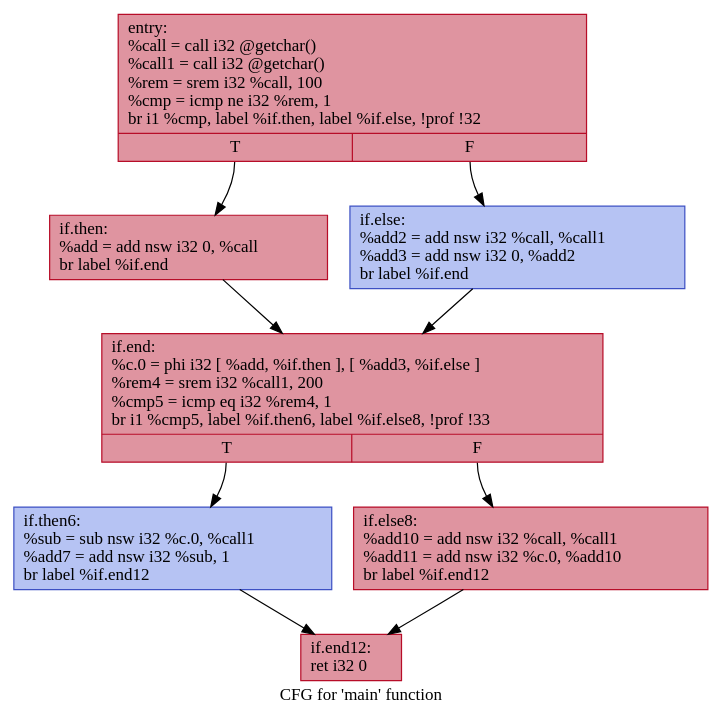
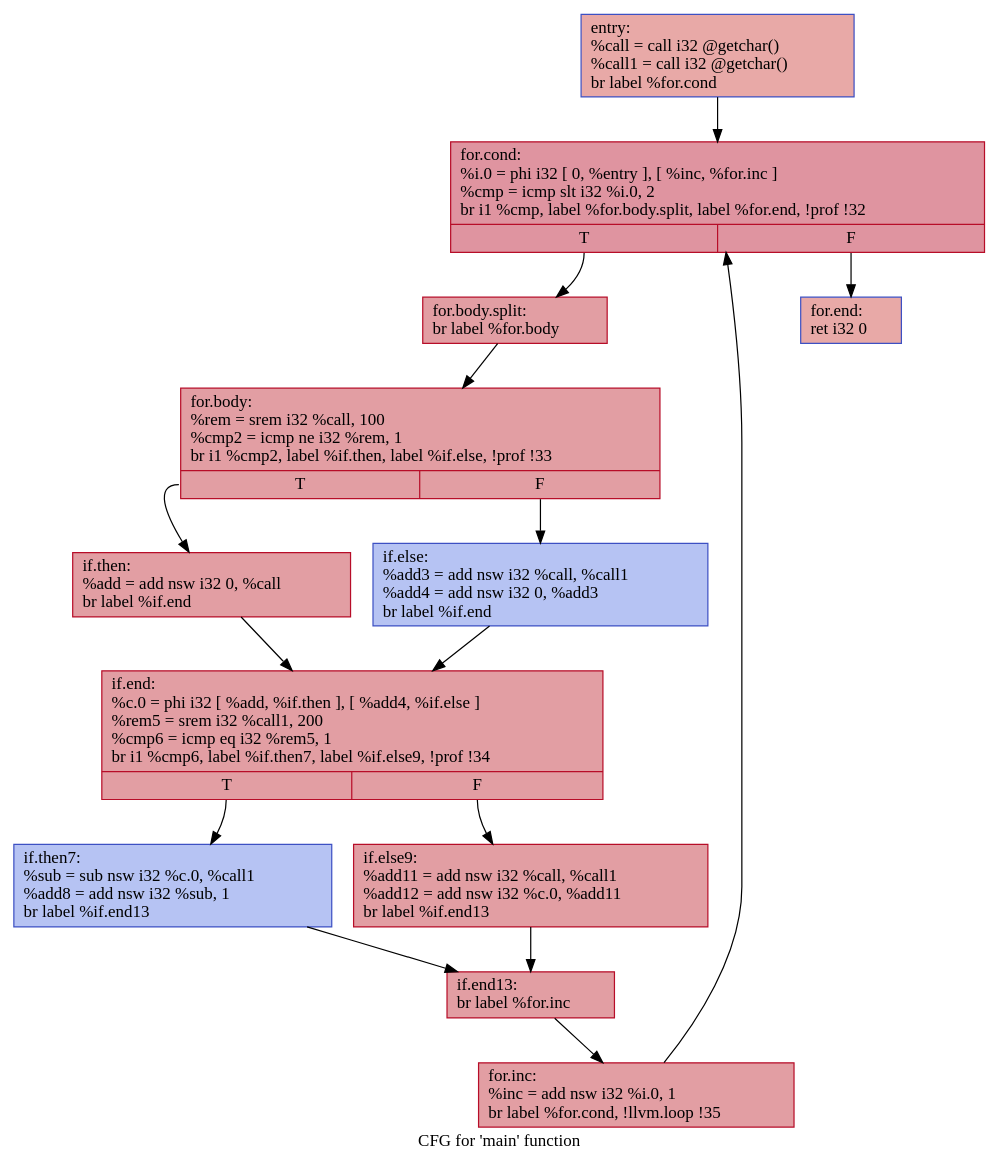
The diagram in visual/.main.dot (GGLeod/Speculation-Based-GVNPRE), drawn with Graphviz before and after one commit. The commit also changed 14 other files, not shown here.

```diff
--- a/visual/.main.dot
+++ b/visual/.main.dot
@@ -1,19 +1,30 @@
 digraph "CFG for 'main' function" {
 	label="CFG for 'main' function";
 
-	Node0x5573218fdc40 [shape=record,color="#b70d28ff", style=filled, fillcolor="#b70d2870",label="{entry:\l  %call = call i32 @getchar()\l  %call1 = call i32 @getchar()\l  %rem = srem i32 %call, 100\l  %cmp = icmp ne i32 %rem, 1\l  br i1 %cmp, label %if.then, label %if.else, !prof !32\l|{<s0>T|<s1>F}}"];
-	Node0x5573218fdc40:s0 -> Node0x5573219062d0;
-	Node0x5573218fdc40:s1 -> Node0x557321906320;
-	Node0x5573219062d0 [shape=record,color="#b70d28ff", style=filled, fillcolor="#b70d2870",label="{if.then:                                          \l  %add = add nsw i32 0, %call\l  br label %if.end\l}"];
-	Node0x5573219062d0 -> Node0x557321906370;
-	Node0x557321906320 [shape=record,color="#3d50c3ff", style=filled, fillcolor="#5977e370",label="{if.else:                                          \l  %add2 = add nsw i32 %call, %call1\l  %add3 = add nsw i32 0, %add2\l  br label %if.end\l}"];
-	Node0x557321906320 -> Node0x557321906370;
-	Node0x557321906370 [shape=record,color="#b70d28ff", style=filled, fillcolor="#b70d2870",label="{if.end:                                           \l  %c.0 = phi i32 [ %add, %if.then ], [ %add3, %if.else ]\l  %rem4 = srem i32 %call1, 200\l  %cmp5 = icmp eq i32 %rem4, 1\l  br i1 %cmp5, label %if.then6, label %if.else8, !prof !33\l|{<s0>T|<s1>F}}"];
-	Node0x557321906370:s0 -> Node0x5573219063c0;
-	Node0x557321906370:s1 -> Node0x557321906410;
-	Node0x5573219063c0 [shape=record,color="#3d50c3ff", style=filled, fillcolor="#5977e370",label="{if.then6:                                         \l  %sub = sub nsw i32 %c.0, %call1\l  %add7 = add nsw i32 %sub, 1\l  br label %if.end12\l}"];
-	Node0x5573219063c0 -> Node0x557321906460;
-	Node0x557321906410 [shape=record,color="#b70d28ff", style=filled, fillcolor="#b70d2870",label="{if.else8:                                         \l  %add10 = add nsw i32 %call, %call1\l  %add11 = add nsw i32 %c.0, %add10\l  br label %if.end12\l}"];
-	Node0x557321906410 -> Node0x557321906460;
-	Node0x557321906460 [shape=record,color="#b70d28ff", style=filled, fillcolor="#b70d2870",label="{if.end12:                                         \l  ret i32 0\l}"];
+	Node0x564d8fabbc30 [shape=record,color="#3d50c3ff", style=filled, fillcolor="#ca3b3770",label="{entry:\l  %call = call i32 @getchar()\l  %call1 = call i32 @getchar()\l  br label %for.cond\l}"];
+	Node0x564d8fabbc30 -> Node0x564d8fac44f0;
+	Node0x564d8fac44f0 [shape=record,color="#b70d28ff", style=filled, fillcolor="#b70d2870",label="{for.cond:                                         \l  %i.0 = phi i32 [ 0, %entry ], [ %inc, %for.inc ]\l  %cmp = icmp slt i32 %i.0, 2\l  br i1 %cmp, label %for.body.split, label %for.end, !prof !32\l|{<s0>T|<s1>F}}"];
+	Node0x564d8fac44f0:s0 -> Node0x564d8fac4540;
+	Node0x564d8fac44f0:s1 -> Node0x564d8fac4810;
+	Node0x564d8fac4540 [shape=record,color="#b70d28ff", style=filled, fillcolor="#be242e70",label="{for.body.split:                                   \l  br label %for.body\l}"];
+	Node0x564d8fac4540 -> Node0x564d8fac4590;
+	Node0x564d8fac4590 [shape=record,color="#b70d28ff", style=filled, fillcolor="#be242e70",label="{for.body:                                         \l  %rem = srem i32 %call, 100\l  %cmp2 = icmp ne i32 %rem, 1\l  br i1 %cmp2, label %if.then, label %if.else, !prof !33\l|{<s0>T|<s1>F}}"];
+	Node0x564d8fac4590:s0 -> Node0x564d8fac45e0;
+	Node0x564d8fac4590:s1 -> Node0x564d8fac4630;
+	Node0x564d8fac45e0 [shape=record,color="#b70d28ff", style=filled, fillcolor="#be242e70",label="{if.then:                                          \l  %add = add nsw i32 0, %call\l  br label %if.end\l}"];
+	Node0x564d8fac45e0 -> Node0x564d8fac4680;
+	Node0x564d8fac4630 [shape=record,color="#3d50c3ff", style=filled, fillcolor="#5977e370",label="{if.else:                                          \l  %add3 = add nsw i32 %call, %call1\l  %add4 = add nsw i32 0, %add3\l  br label %if.end\l}"];
+	Node0x564d8fac4630 -> Node0x564d8fac4680;
+	Node0x564d8fac4680 [shape=record,color="#b70d28ff", style=filled, fillcolor="#be242e70",label="{if.end:                                           \l  %c.0 = phi i32 [ %add, %if.then ], [ %add4, %if.else ]\l  %rem5 = srem i32 %call1, 200\l  %cmp6 = icmp eq i32 %rem5, 1\l  br i1 %cmp6, label %if.then7, label %if.else9, !prof !34\l|{<s0>T|<s1>F}}"];
+	Node0x564d8fac4680:s0 -> Node0x564d8fac46d0;
+	Node0x564d8fac4680:s1 -> Node0x564d8fac4720;
+	Node0x564d8fac46d0 [shape=record,color="#3d50c3ff", style=filled, fillcolor="#5977e370",label="{if.then7:                                         \l  %sub = sub nsw i32 %c.0, %call1\l  %add8 = add nsw i32 %sub, 1\l  br label %if.end13\l}"];
+	Node0x564d8fac46d0 -> Node0x564d8fac4770;
+	Node0x564d8fac4720 [shape=record,color="#b70d28ff", style=filled, fillcolor="#be242e70",label="{if.else9:                                         \l  %add11 = add nsw i32 %call, %call1\l  %add12 = add nsw i32 %c.0, %add11\l  br label %if.end13\l}"];
+	Node0x564d8fac4720 -> Node0x564d8fac4770;
+	Node0x564d8fac4770 [shape=record,color="#b70d28ff", style=filled, fillcolor="#be242e70",label="{if.end13:                                         \l  br label %for.inc\l}"];
+	Node0x564d8fac4770 -> Node0x564d8fac47c0;
+	Node0x564d8fac47c0 [shape=record,color="#b70d28ff", style=filled, fillcolor="#be242e70",label="{for.inc:                                          \l  %inc = add nsw i32 %i.0, 1\l  br label %for.cond, !llvm.loop !35\l}"];
+	Node0x564d8fac47c0 -> Node0x564d8fac44f0;
+	Node0x564d8fac4810 [shape=record,color="#3d50c3ff", style=filled, fillcolor="#ca3b3770",label="{for.end:                                          \l  ret i32 0\l}"];
 }
```
